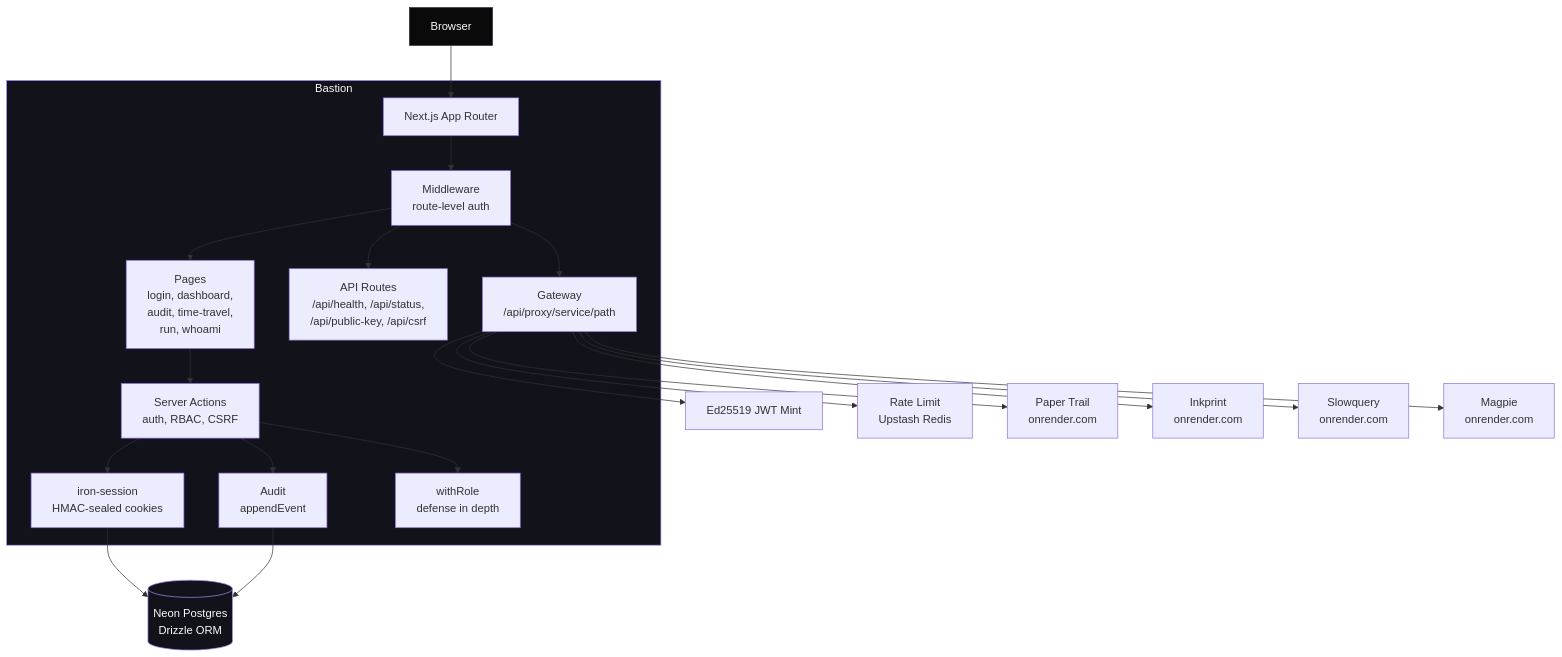
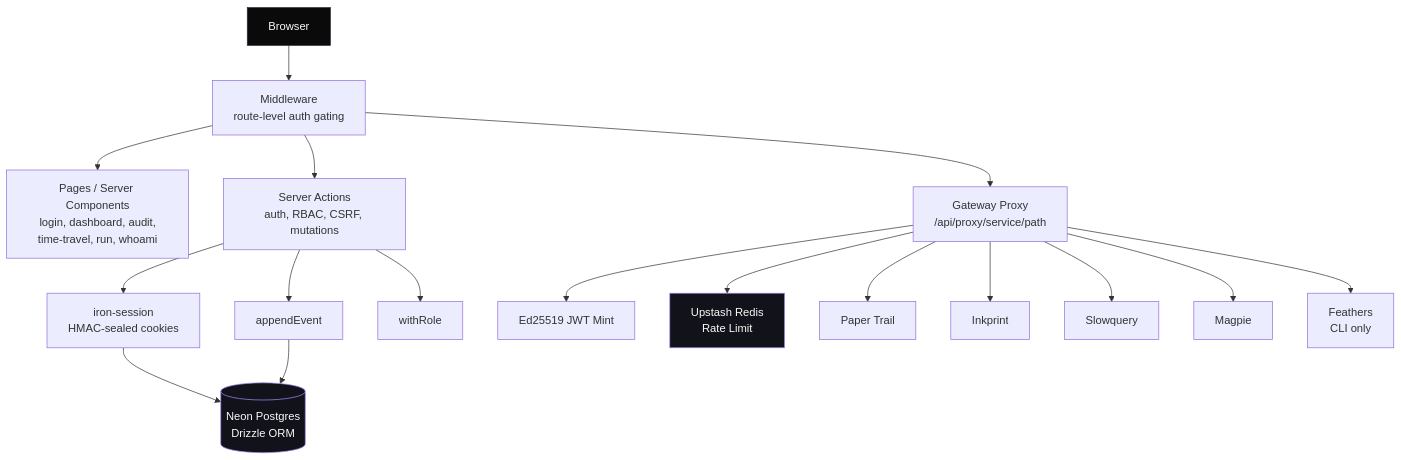
The first of 4 diagrams in docs/ARCHITECTURE.md (Abdul-Muizz1310/bastion), drawn with Mermaid before and after one commit. The commit also changed other lines of this file and 46 other files, not shown here.

````diff
--- a/docs/ARCHITECTURE.md
+++ b/docs/ARCHITECTURE.md
@@ -3,29 +7,27 @@
 ```mermaid
-graph TD
-    Browser[Browser] --> App[Next.js App Router]
+flowchart TD
+    Browser[Browser] --> MW[Middleware<br>route-level auth gating]
+    MW --> Pages[Pages / Server Components<br>login, dashboard, audit,<br>time-travel, run, whoami]
+    MW --> SA[Server Actions<br>auth, RBAC, CSRF, mutations]
+    MW --> GW[Gateway Proxy<br>/api/proxy/service/path]
 
-    subgraph Bastion
-        App --> MW[Middleware<br>route-level auth]
-        MW --> Pages[Pages<br>login, dashboard,<br>audit, time-travel,<br>run, whoami]
-        MW --> API[API Routes<br>/api/health, /api/status,<br>/api/public-key, /api/csrf]
-        MW --> GW[Gateway<br>/api/proxy/service/path]
-        Pages --> SA[Server Actions<br>auth, RBAC, CSRF]
-        SA --> Session[iron-session<br>HMAC-sealed cookies]
-        SA --> Audit[Audit<br>appendEvent]
-        SA --> RBAC[withRole<br>defense in depth]
-    end
+    SA --> Session[iron-session<br>HMAC-sealed cookies]
+    SA --> Audit[appendEvent]
+    SA --> RBAC[withRole]
 
-    Session --> DB[(Neon Postgres<br>Drizzle ORM)]
-    Audit --> DB
+    Session --> Neon[(Neon Postgres<br>Drizzle ORM)]
+    Audit --> Neon
+
     GW --> JWT[Ed25519 JWT Mint]
-    GW --> RL[Rate Limit<br>Upstash Redis]
+    GW --> RL[Upstash Redis<br>Rate Limit]
 
-    GW --> PT[Paper Trail<br>onrender.com]
-    GW --> IP[Inkprint<br>onrender.com]
-    GW --> SQ[Slowquery<br>onrender.com]
-    GW --> MG[Magpie<br>onrender.com]
+    GW --> PT[Paper Trail]
+    GW --> IP[Inkprint]
+    GW --> SQ[Slowquery]
+    GW --> MG[Magpie]
+    GW --> FT[Feathers<br>CLI only]
 
-    style Bastion fill:#12121a,stroke:#a78bfa,color:#fafafa
-    style DB fill:#12121a,stroke:#a78bfa,color:#fafafa
     style Browser fill:#0a0a0a,stroke:#2a2a3d,color:#fafafa
+    style Neon fill:#12121a,stroke:#a78bfa,color:#fafafa
+    style RL fill:#12121a,stroke:#a78bfa,color:#fafafa
 ```
````
